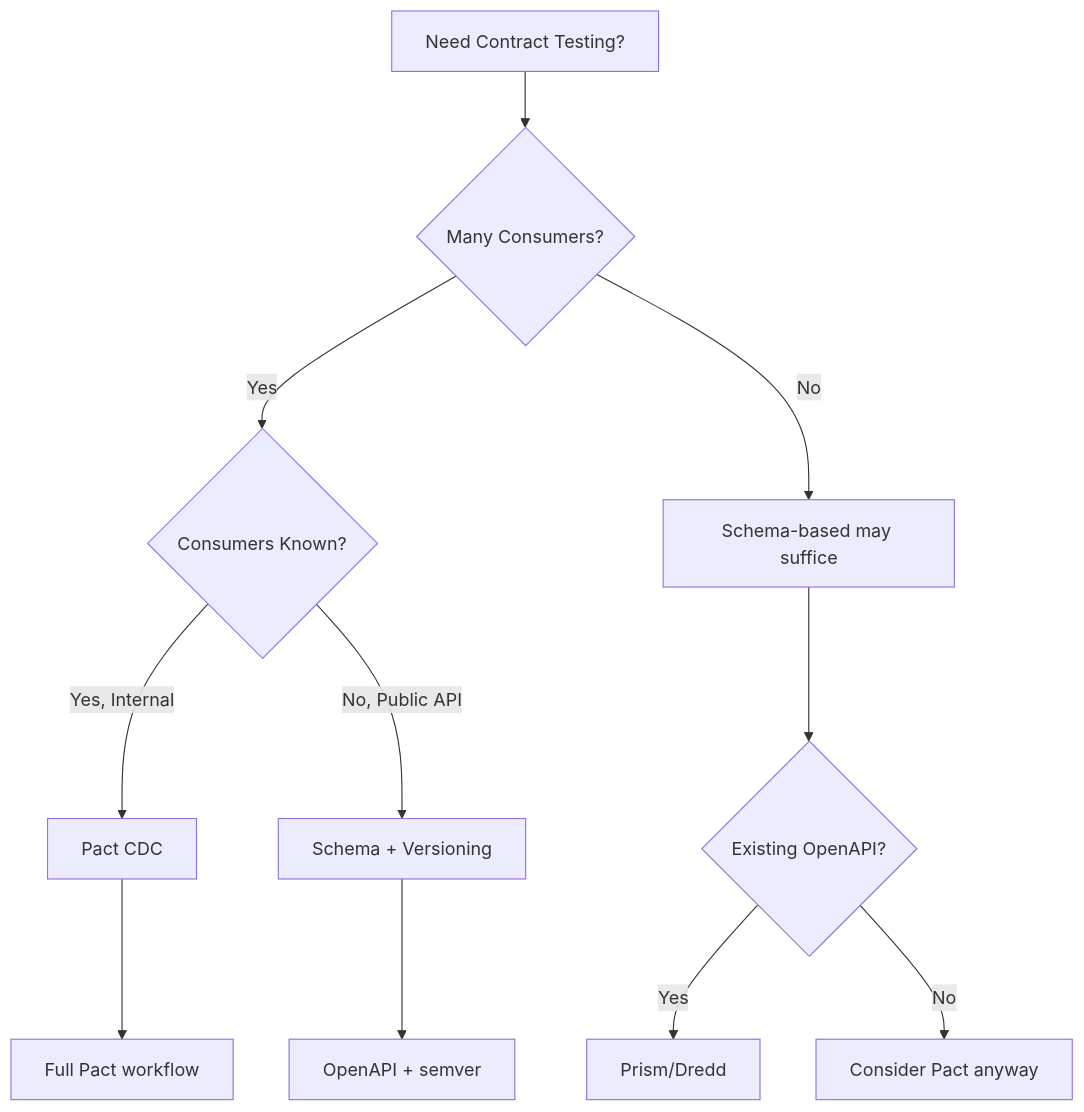
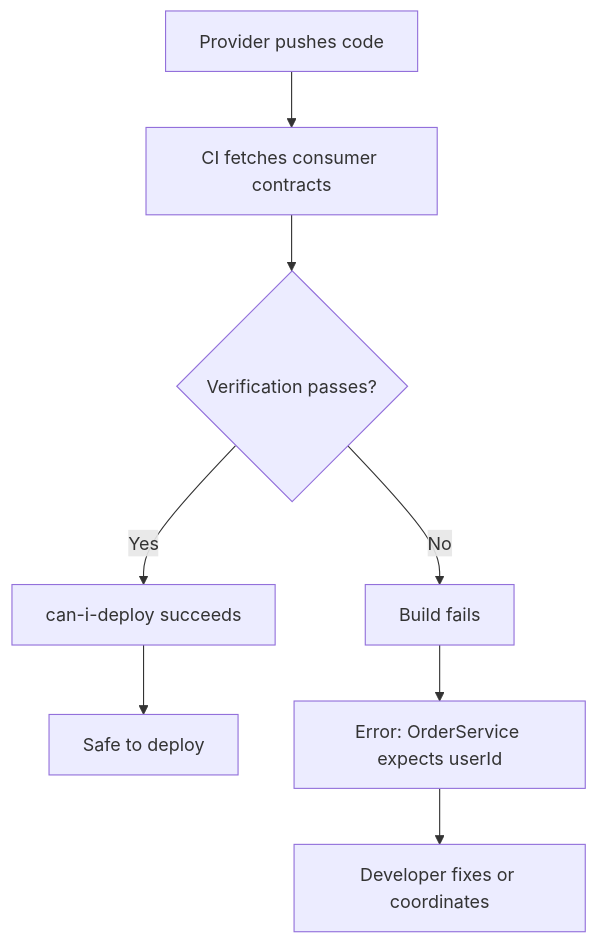
One commit to webstackdev/astro.webstackbuilders.com changed the second of 2 diagrams in src/content/articles/consumer-driven-contract-testing-pact-internal-apis/index.mdx. Above: the diagram before and after it, drawn with Mermaid. The commit also changed other lines of this file and 6 other files, not shown here.

Commit message:
Add consumer-driven-contract-testing-pact-internal-apis article

````diff
--- a/src/content/articles/consumer-driven-contract-testing-pact-internal-apis/index.mdx
+++ b/src/content/articles/consumer-driven-contract-testing-pact-internal-apis/index.mdx
@@ -521,17 +139,10 @@
 ```mermaid
-graph TD
-    A[Need Contract Testing?] --> B{Many Consumers?}
-
-    B -->|Yes| C{Consumers Known?}
-    B -->|No| D[Schema-based may suffice]
-
-    C -->|Yes, Internal| E[Pact CDC]
-    C -->|No, Public API| F[Schema + Versioning]
-
-    D --> G{Existing OpenAPI?}
-    G -->|Yes| H[Prism/Dredd]
-    G -->|No| I[Consider Pact anyway]
-
-    E --> J[Full Pact workflow]
-    F --> K[OpenAPI + semver]
+flowchart TD
+    A[Provider pushes code] --> B[CI fetches consumer contracts]
+    B --> C{Verification passes?}
+    C -->|Yes| D[can-i-deploy succeeds]
+    D --> E[Safe to deploy]
+    C -->|No| F[Build fails]
+    F --> G[Error: OrderService expects userId]
+    G --> H[Developer fixes or coordinates]
 ```
````
